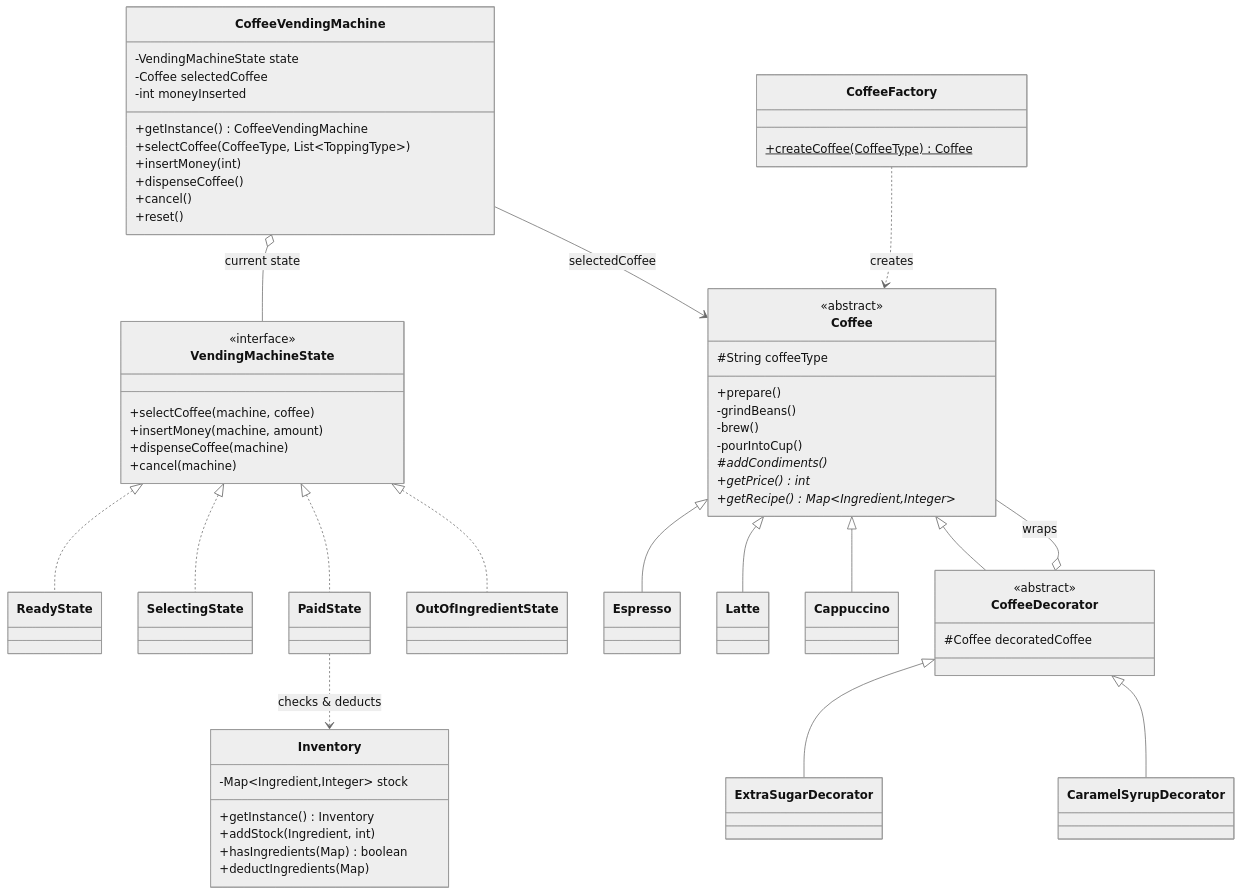
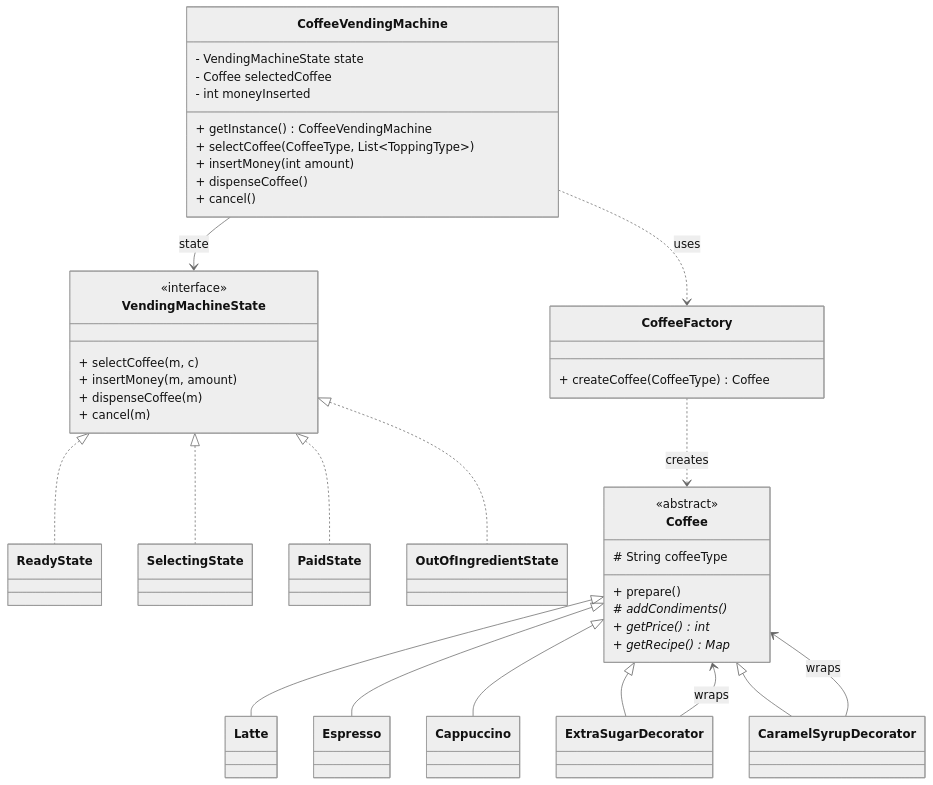
One commit to bhargavtenali/awesome-low-level-design changed the first of 2 diagrams in solutions/java/src/coffeevendingmachine/CoffeeVendingMachine_LLD_Interview.md. Above: the diagram before and after it, drawn with Mermaid (neutral theme). The commit also changed other lines of this file and 6 other files, not shown here.

````diff
--- a/solutions/java/src/coffeevendingmachine/CoffeeVendingMachine_LLD_Interview.md
+++ b/solutions/java/src/coffeevendingmachine/CoffeeVendingMachine_LLD_Interview.md
@@ -178,79 +54,63 @@
 ```mermaid
 classDiagram
     class CoffeeVendingMachine {
-        -VendingMachineState state
-        -Coffee selectedCoffee
-        -int moneyInserted
-        +getInstance() CoffeeVendingMachine
-        +selectCoffee(CoffeeType, List~ToppingType~)
-        +insertMoney(int)
-        +dispenseCoffee()
-        +cancel()
-        +reset()
+        - VendingMachineState state
+        - Coffee selectedCoffee
+        - int moneyInserted
+        + getInstance() CoffeeVendingMachine
+        + selectCoffee(CoffeeType, List~ToppingType~)
+        + insertMoney(int amount)
+        + dispenseCoffee()
+        + cancel()
     }
 
     class VendingMachineState {
         <<interface>>
-        +selectCoffee(machine, coffee)
-        +insertMoney(machine, amount)
-        +dispenseCoffee(machine)
-        +cancel(machine)
+        + selectCoffee(m, c)
+        + insertMoney(m, amount)
+        + dispenseCoffee(m)
+        + cancel(m)
     }
 
-    class ReadyState
-    class SelectingState
-    class PaidState
-    class OutOfIngredientState
+    class ReadyState { }
+    class SelectingState { }
+    class PaidState { }
+    class OutOfIngredientState { }
 
     VendingMachineState <|.. ReadyState
     VendingMachineState <|.. SelectingState
     VendingMachineState <|.. PaidState
     VendingMachineState <|.. OutOfIngredientState
-    CoffeeVendingMachine o-- VendingMachineState : current state
+    CoffeeVendingMachine --> VendingMachineState : state
 
     class Coffee {
         <<abstract>>
-        #String coffeeType
-        +prepare()
-        -grindBeans()
-        -brew()
-        -pourIntoCup()
-        #addCondiments()*
-        +getPrice()* int
-        +getRecipe()* Map~Ingredient,Integer~
+        # String coffeeType
+        + prepare()
+        # addCondiments()*
+        + getPrice()* int
+        + getRecipe()* Map
     }
+    
+    class Latte { }
+    class Espresso { }
+    class Cappuccino { }
 
-    class Espresso
-    class Latte
-    class Cappuccino
-    class CoffeeDecorator {
-        <<abstract>>
-        #Coffee decoratedCoffee
-    }
-    class ExtraSugarDecorator
-    class CaramelSyrupDecorator
+    Coffee <|-- Latte
+    Coffee <|-- Espresso
+    Coffee <|-- Cappuccino
 
-    Coffee <|-- Espresso
-    Coffee <|-- Latte
-    Coffee <|-- Cappuccino
-    Coffee <|-- CoffeeDecorator
-    CoffeeDecorator <|-- ExtraSugarDecorator
-    CoffeeDecorator <|-- CaramelSyrupDecorator
-    CoffeeDecorator o-- Coffee : wraps
+    class ExtraSugarDecorator { }
+    class CaramelSyrupDecorator { }
+    
+    Coffee <|-- ExtraSugarDecorator
+    Coffee <|-- CaramelSyrupDecorator
+    ExtraSugarDecorator --> Coffee : wraps
+    CaramelSyrupDecorator --> Coffee : wraps
 
     class CoffeeFactory {
-        +createCoffee(CoffeeType)$ Coffee
+        + createCoffee(CoffeeType) Coffee
     }
     CoffeeFactory ..> Coffee : creates
-
-    class Inventory {
-        -Map~Ingredient,Integer~ stock
-        +getInstance() Inventory
-        +addStock(Ingredient, int)
-        +hasIngredients(Map) boolean
-        +deductIngredients(Map)
-    }
-
-    CoffeeVendingMachine --> Coffee : selectedCoffee
-    PaidState ..> Inventory : checks & deducts
+    CoffeeVendingMachine ..> CoffeeFactory : uses
 ```
````
